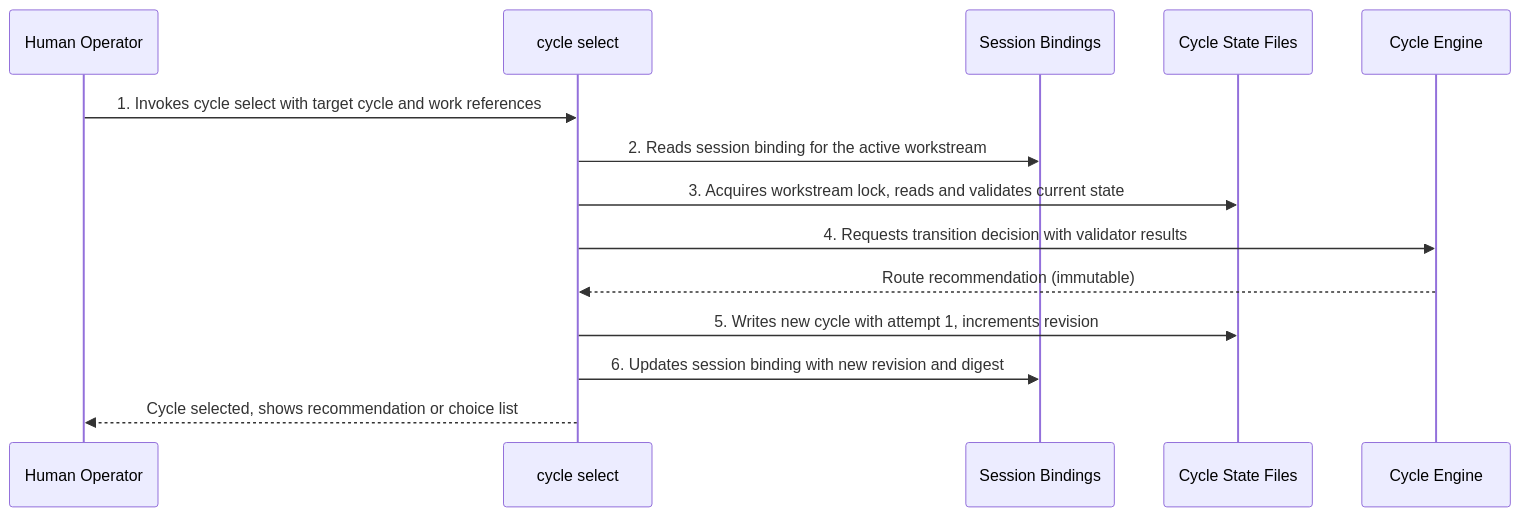
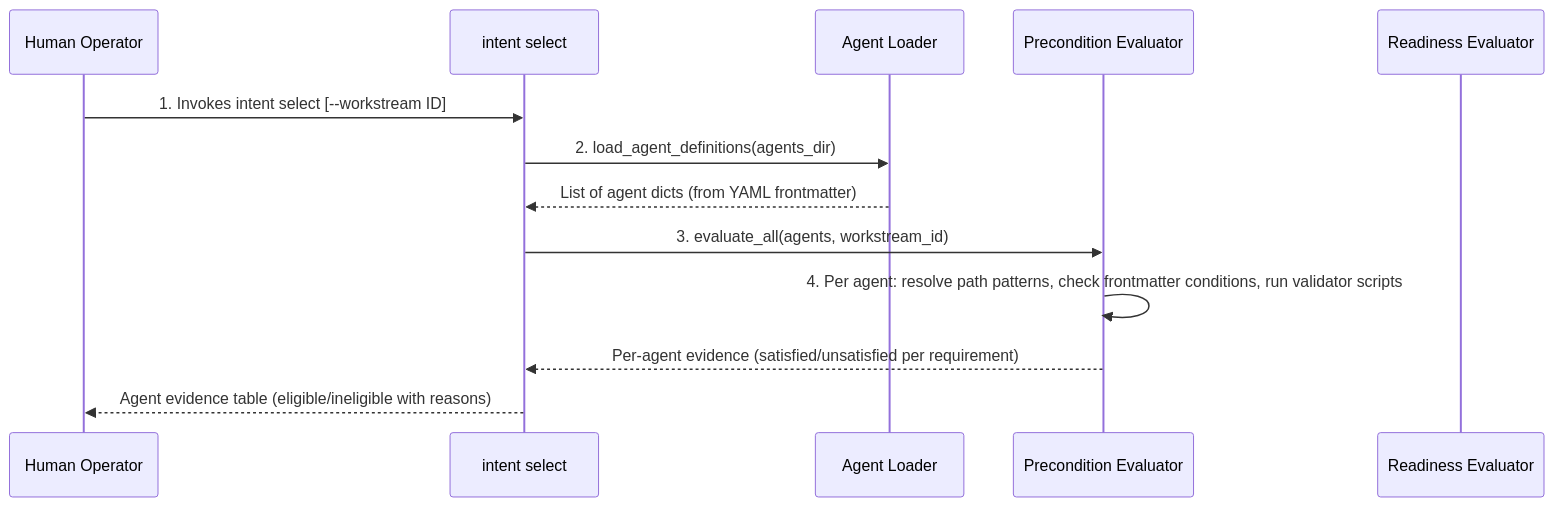
One commit to matthiasdaues/agent_factory changed the first of 10 diagrams in docs/arc42/06_runtime_view.md. Above: the diagram before and after it, drawn with Mermaid. The commit also changed other lines of this file and 85 other files, not shown here.

````diff
--- a/docs/arc42/06_runtime_view.md
+++ b/docs/arc42/06_runtime_view.md
@@ -19,17 +19,16 @@
 ```mermaid
 sequenceDiagram
     participant H as Human Operator
-    participant CS as cycle select
-    participant SB as Session Bindings
-    participant WS as Cycle State Files
-    participant CE as Cycle Engine
+    participant I as intent select
+    participant AL as Agent Loader
+    participant PE as Precondition Evaluator
+    participant RE as Readiness Evaluator
 
-    H->>CS: 1. Invokes cycle select with target cycle and work references
-    CS->>SB: 2. Reads session binding for the active workstream
-    CS->>WS: 3. Acquires workstream lock, reads and validates current state
-    CS->>CE: 4. Requests transition decision with validator results
-    CE-->>CS: Route recommendation (immutable)
-    CS->>WS: 5. Writes new cycle with attempt 1, increments revision
-    CS->>SB: 6. Updates session binding with new revision and digest
-    CS-->>H: Cycle selected, shows recommendation or choice list
+    H->>I: 1. Invokes intent select [--workstream ID]
+    I->>AL: 2. load_agent_definitions(agents_dir)
+    AL-->>I: List of agent dicts (from YAML frontmatter)
+    I->>PE: 3. evaluate_all(agents, workstream_id)
+    PE->>PE: 4. Per agent: resolve path patterns, check frontmatter conditions, run validator scripts
+    PE-->>I: Per-agent evidence (satisfied/unsatisfied per requirement)
+    I-->>H: Agent evidence table (eligible/ineligible with reasons)
 ```
````
